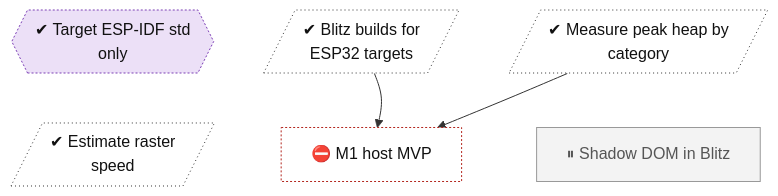
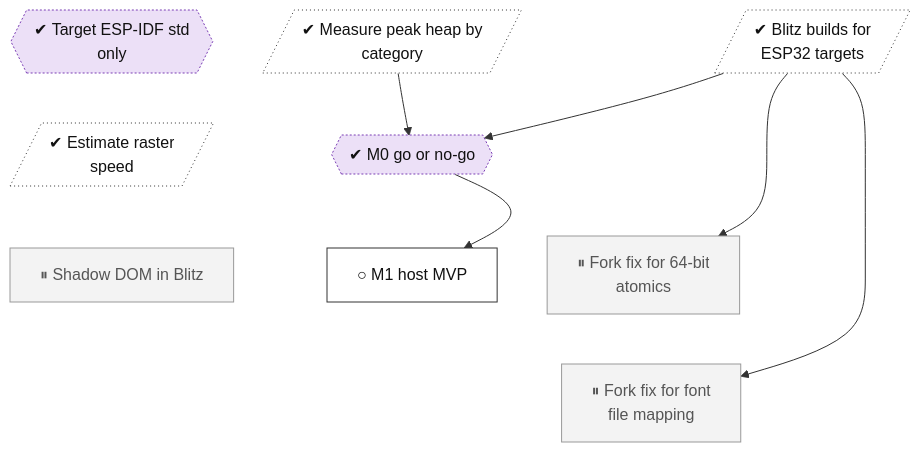
The diagram in docs/roadmap/tracks/eng.md (lhns/embedded-browser), drawn with Mermaid before and after one commit. The commit also changed other lines of this file and 8 other files, not shown here.

Commit message:
M0 decision: go with Blitz; accept ADR 0002, fork-only patch policy, S3 paint-crash defect

````diff
--- a/docs/roadmap/tracks/eng.md
+++ b/docs/roadmap/tracks/eng.md
@@ -10,32 +10,44 @@
 ```mermaid
 flowchart TB
     eng_std_only_esp_idf{{"✔ Target ESP-IDF std<br/>only"}}
     eng_blitz_builds_esp[/"✔ Blitz builds for<br/>ESP32 targets"/]
     eng_peak_heap[/"✔ Measure peak heap by<br/>category"/]
     eng_raster_estimate[/"✔ Estimate raster<br/>speed"/]
-    eng_m1_host_mvp["⛔ M1 host MVP"]
+    eng_m0_go_no_go{{"✔ M0 go or no-go"}}
+    eng_m1_host_mvp["○ M1 host MVP"]
     eng_shadow_dom_upstream["⏸ Shadow DOM in Blitz"]
+    eng_fork_atomic_u64["⏸ Fork fix for 64-bit<br/>atomics"]
+    eng_fork_memmap_shim["⏸ Fork fix for font<br/>file mapping"]
     eng_std_only_esp_idf ~~~ eng_raster_estimate
-    eng_blitz_builds_esp ~~~ eng_m1_host_mvp
-    eng_peak_heap ~~~ eng_shadow_dom_upstream
-    eng_blitz_builds_esp --> eng_m1_host_mvp
-    eng_peak_heap --> eng_m1_host_mvp
+    eng_blitz_builds_esp ~~~ eng_m0_go_no_go
+    eng_peak_heap ~~~ eng_m0_go_no_go
+    eng_raster_estimate ~~~ eng_m1_host_mvp
+    eng_m0_go_no_go ~~~ eng_shadow_dom_upstream
+    eng_m0_go_no_go ~~~ eng_fork_atomic_u64
+    eng_m1_host_mvp ~~~ eng_fork_memmap_shim
+    eng_shadow_dom_upstream ~~~ eng_fork_memmap_shim
+    eng_fork_atomic_u64 ~~~ eng_fork_memmap_shim
+    eng_blitz_builds_esp --> eng_m0_go_no_go
+    eng_peak_heap --> eng_m0_go_no_go
+    eng_m0_go_no_go --> eng_m1_host_mvp
+    eng_blitz_builds_esp --> eng_fork_atomic_u64
+    eng_blitz_builds_esp --> eng_fork_memmap_shim
     classDef vsucc fill:#2e9e4f,stroke:#1b6b34,color:#fff
     classDef succ fill:#bfe8c8,stroke:#2e9e4f,color:#111
     classDef mixed fill:#ffd37a,stroke:#c98a00,color:#111
     classDef bad fill:#f28b82,stroke:#b3261e,color:#111
     classDef dead fill:#e6e6e6,stroke:#777,stroke-dasharray:5 5,color:#555
     classDef inprog fill:#a8cdf5,stroke:#1f6fc5,color:#111
     classDef next fill:#fff,stroke:#333,color:#111
     classDef blocked fill:#fff,stroke:#b3261e,stroke-dasharray:2 2,color:#111
     classDef parked fill:#f3f3f3,stroke:#999,color:#555
     classDef unrated fill:#fff,stroke:#333,stroke-dasharray:1 3,color:#111
     classDef gate fill:#d9c2f0,stroke:#7b3fb5,color:#111
     classDef decided fill:#ece0f7,stroke:#7b3fb5,stroke-dasharray:2 2,color:#111
     classDef finding fill:#ffe0b2,stroke:#d84315,stroke-width:2px,color:#111
     classDef waiting fill:#e3f2fd,stroke:#1f6fc5,stroke-dasharray:5 5,color:#111
-    class eng_std_only_esp_idf decided
+    class eng_std_only_esp_idf,eng_m0_go_no_go decided
     class eng_blitz_builds_esp,eng_peak_heap,eng_raster_estimate unrated
-    class eng_m1_host_mvp blocked
-    class eng_shadow_dom_upstream parked
+    class eng_m1_host_mvp next
+    class eng_shadow_dom_upstream,eng_fork_atomic_u64,eng_fork_memmap_shim parked
 ```
````
